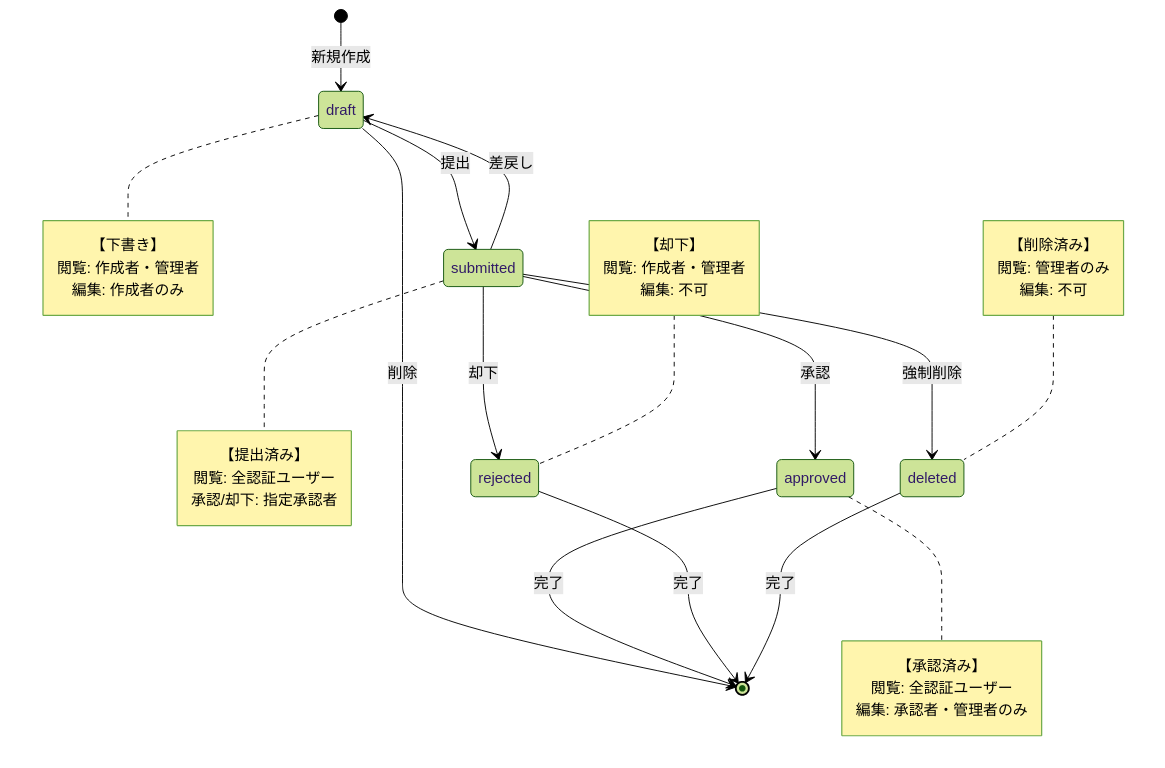
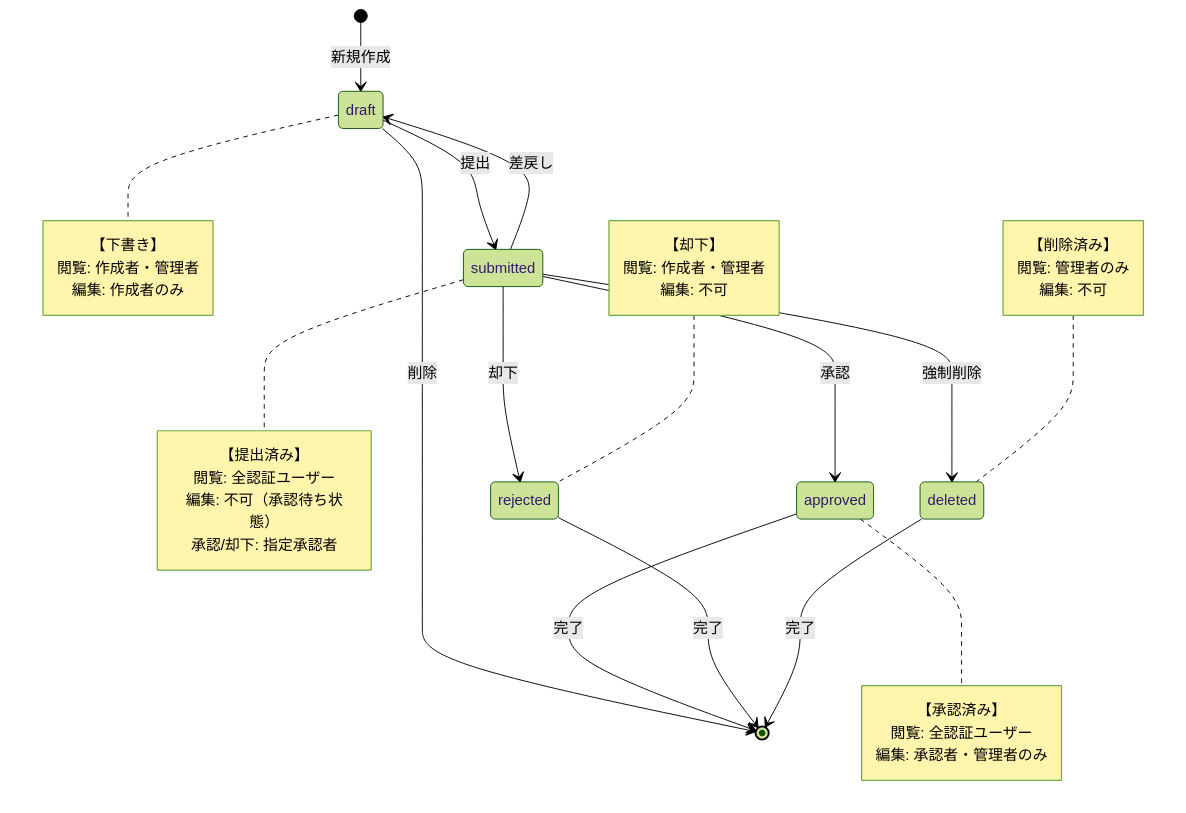
Before and after one commit to ekrsw/knowledge_app: the diagram in .tmp/revision_workflow.md, drawn with Mermaid (forest theme). The commit also changed other lines of this file, not shown here.

First line of the commit message:
docs: submitted状態の編集権限をワークフロー図に明確化

````diff
--- a/.tmp/revision_workflow.md
+++ b/.tmp/revision_workflow.md
@@ -5,48 +5,49 @@
 ```mermaid
 stateDiagram-v2
     %% 状態定義
     [*] --> draft: 新規作成
     
     %% 状態遷移
     draft --> submitted: 提出
     submitted --> approved: 承認
     submitted --> rejected: 却下  
     submitted --> draft: 差戻し
     submitted --> deleted: 強制削除
     draft --> [*]: 削除
     
     approved --> [*]: 完了
     rejected --> [*]: 完了
     deleted --> [*]: 完了
 
     %% 状態の説明
     note right of draft
         【下書き】
         閲覧: 作成者・管理者
         編集: 作成者のみ
     end note
     
     note right of submitted
         【提出済み】
         閲覧: 全認証ユーザー
+        編集: 不可（承認待ち状態）
         承認/却下: 指定承認者
     end note
     
     note right of approved
         【承認済み】
         閲覧: 全認証ユーザー
         編集: 承認者・管理者のみ
     end note
     
     note left of rejected
         【却下】
         閲覧: 作成者・管理者
         編集: 不可
     end note
     
     note left of deleted
         【削除済み】
         閲覧: 管理者のみ
         編集: 不可
     end note
 ```
````
